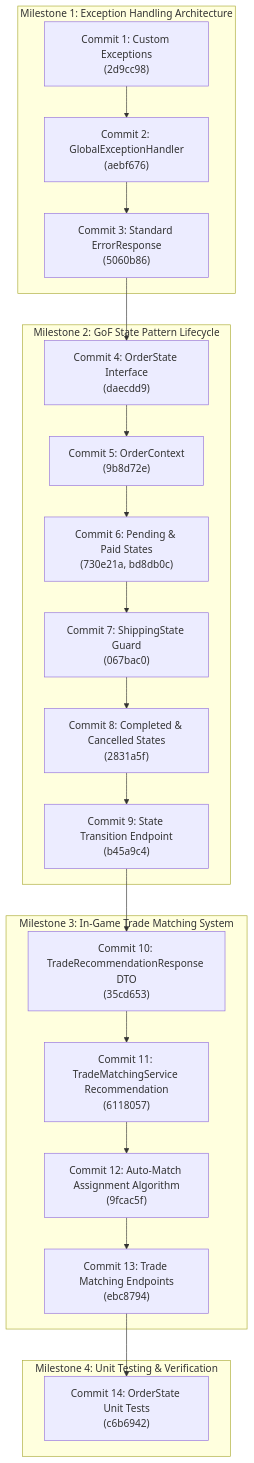
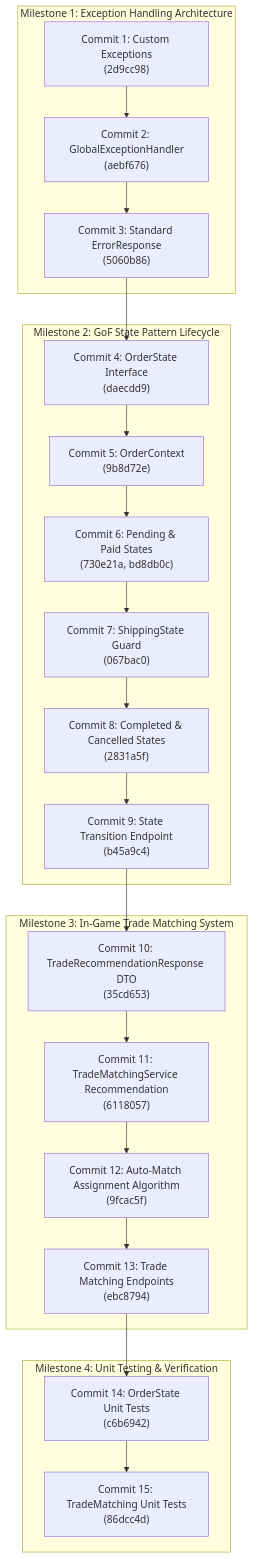
The diagram in knowledge.md (Bigzzz0/Pok-Vault_Commerce), drawn with Mermaid before and after one commit. The commit also changed other lines of this file, not shown here.

Commit message:
docs: document Commit 15 TradeMatchingService unit tests and mark 100% completion

````diff
--- a/knowledge.md
+++ b/knowledge.md
@@ -34,27 +34,28 @@
 ```mermaid
 graph TD
     subgraph ExceptionHandling["Milestone 1: Exception Handling Architecture"]
         C1["Commit 1: Custom Exceptions\n(2d9cc98)"] --> C2["Commit 2: GlobalExceptionHandler\n(aebf676)"]
         C2 --> C3["Commit 3: Standard ErrorResponse\n(5060b86)"]
     end
 
     subgraph StatePattern["Milestone 2: GoF State Pattern Lifecycle"]
         C3 --> C4["Commit 4: OrderState Interface\n(daecdd9)"]
         C4 --> C5["Commit 5: OrderContext\n(9b8d72e)"]
         C5 --> C6["Commit 6: Pending & Paid States\n(730e21a, bd8db0c)"]
         C6 --> C7["Commit 7: ShippingState Guard\n(067bac0)"]
         C7 --> C8["Commit 8: Completed & Cancelled States\n(2831a5f)"]
         C8 --> C9["Commit 9: State Transition Endpoint\n(b45a9c4)"]
     end
 
     subgraph TradeMatching["Milestone 3: In-Game Trade Matching System"]
         C9 --> C10["Commit 10: TradeRecommendationResponse DTO\n(35cd653)"]
         C10 --> C11["Commit 11: TradeMatchingService Recommendation\n(6118057)"]
         C11 --> C12["Commit 12: Auto-Match Assignment Algorithm\n(9fcac5f)"]
         C12 --> C13["Commit 13: Trade Matching Endpoints\n(ebc8794)"]
     end
 
     subgraph Testing["Milestone 4: Unit Testing & Verification"]
         C13 --> C14["Commit 14: OrderState Unit Tests\n(c6b6942)"]
+        C14 --> C15["Commit 15: TradeMatching Unit Tests\n(86dcc4d)"]
     end
 ```
````
